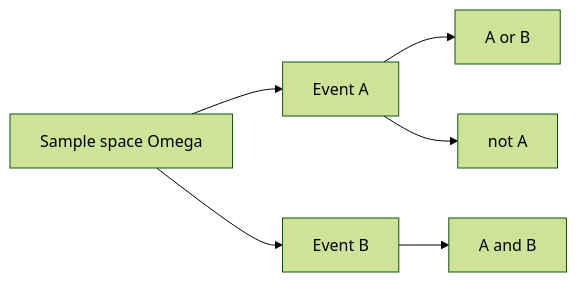
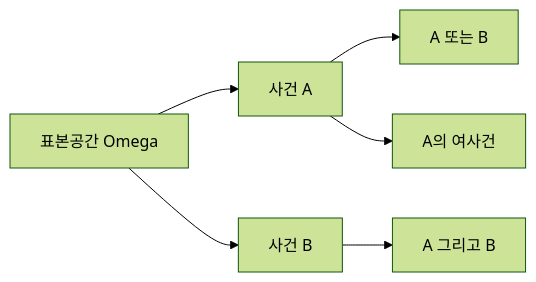
The diagram in content/probability-101/ko/02-events-and-sample-space.md (yeongseon-books/book-content), drawn with Mermaid (forest theme) before and after one commit. The commit also changed other lines of this file and 9 other files, not shown here.

````diff
--- a/content/probability-101/ko/02-events-and-sample-space.md
+++ b/content/probability-101/ko/02-events-and-sample-space.md
@@ -35,8 +51,8 @@
 ```mermaid
 flowchart LR
-    Omega["Sample space Omega"] --> A["Event A"]
-    Omega --> B["Event B"]
-    A --> Union["A or B"]
-    B --> Inter["A and B"]
-    A --> Comp["not A"]
+    Omega["표본공간 Omega"] --> A["사건 A"]
+    Omega --> B["사건 B"]
+    A --> Union["A 또는 B"]
+    B --> Inter["A 그리고 B"]
+    A --> Comp["A의 여사건"]
 ```
````
